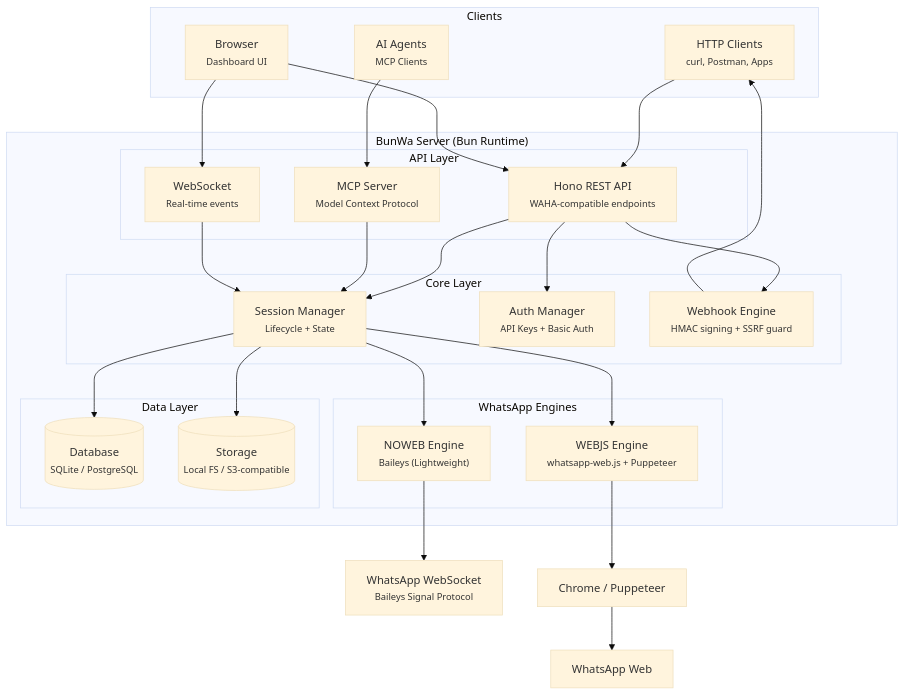
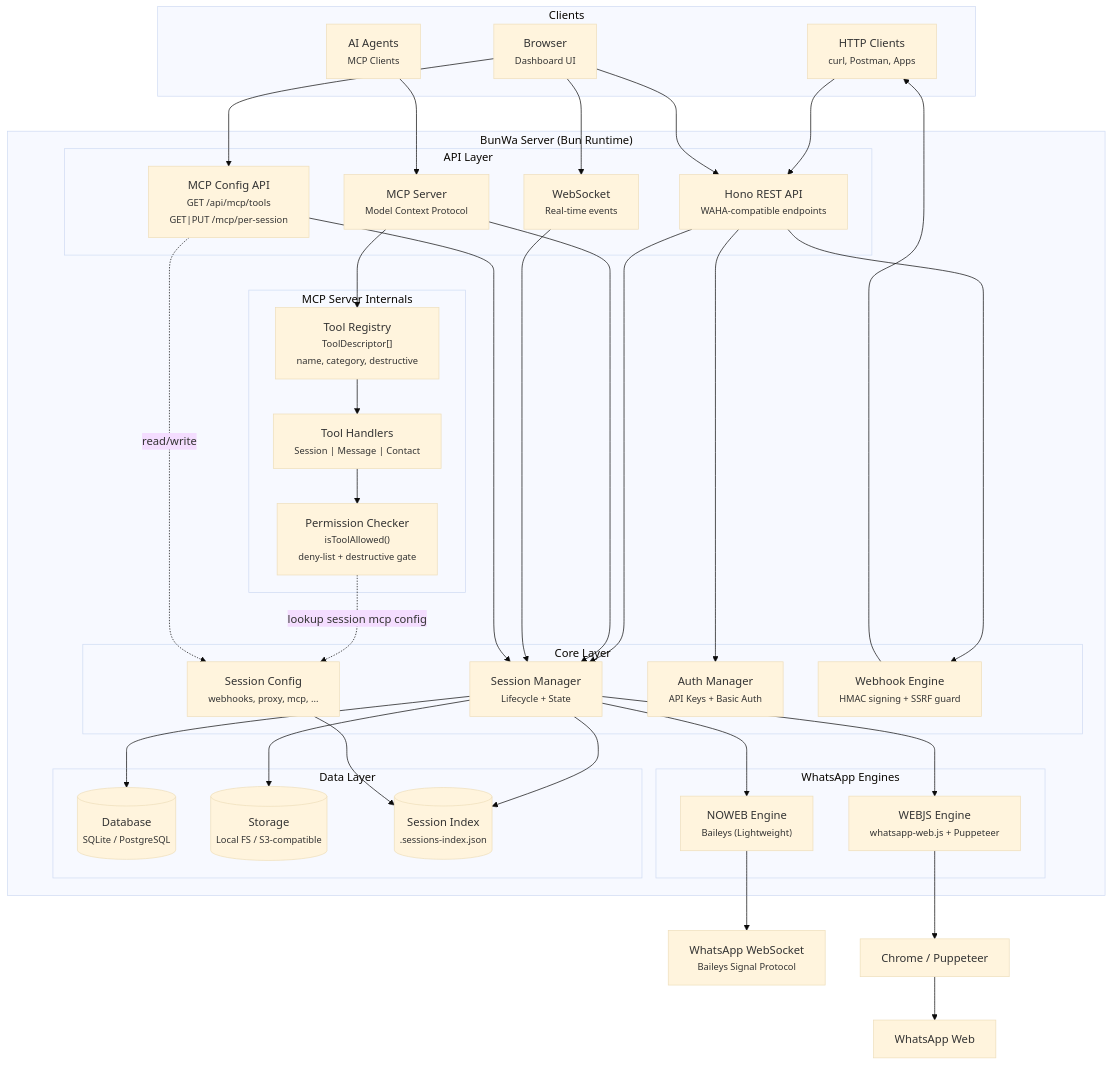
Before and after one commit to LoopyOratory/BunWa: the diagram in README.md, drawn with Mermaid (base theme). The commit also changed other lines of this file and 12 other files, not shown here.

First line of the commit message:
feat: MCP tool policies with per-session config + dashboard UI

````diff
--- a/README.md
+++ b/README.md
@@ -182,54 +212,72 @@
 ```mermaid
 graph TB
     subgraph Clients["Clients"]
         HTTP["HTTP Clients<br/><small>curl, Postman, Apps</small>"]
         AI["AI Agents<br/><small>MCP Clients</small>"]
         Browser["Browser<br/><small>Dashboard UI</small>"]
     end
 
     subgraph BunWa["BunWa Server (Bun Runtime)"]
         subgraph API["API Layer"]
             Hono["Hono REST API<br/><small>WAHA-compatible endpoints</small>"]
             MCP["MCP Server<br/><small>Model Context Protocol</small>"]
+            MCAPI["MCP Config API<br/><small>GET /api/mcp/tools<br/>GET|PUT /mcp/per-session</small>"]
             WS["WebSocket<br/><small>Real-time events</small>"]
+        end
+
+        subgraph MCPInternals["MCP Server Internals"]
+            TR["Tool Registry<br/><small>ToolDescriptor[]<br/>name, category, destructive</small>"]
+            PC["Permission Checker<br/><small>isToolAllowed()<br/>deny-list + destructive gate</small>"]
+            TH["Tool Handlers<br/><small>Session | Message | Contact</small>"]
         end
 
         subgraph Core["Core Layer"]
             SM["Session Manager<br/><small>Lifecycle + State</small>"]
+            SC["Session Config<br/><small>webhooks, proxy, mcp, ...</small>"]
             AM["Auth Manager<br/><small>API Keys + Basic Auth</small>"]
             WH["Webhook Engine<br/><small>HMAC signing + SSRF guard</small>"]
         end
 
         subgraph Engines["WhatsApp Engines"]
             NOWEB["NOWEB Engine<br/><small>Baileys (Lightweight)</small>"]
             WEBJS["WEBJS Engine<br/><small>whatsapp-web.js + Puppeteer</small>"]
         end
 
         subgraph Data["Data Layer"]
             DB[("Database<br/><small>SQLite / PostgreSQL</small>")]
             ST[("Storage<br/><small>Local FS / S3-compatible</small>")]
+            SI[("Session Index<br/><small>.sessions-index.json</small>")]
         end
     end
 
     HTTP --> Hono
     AI --> MCP
     Browser --> Hono
     Browser --> WS
+    Browser --> MCAPI
 
     Hono --> SM
     Hono --> AM
+    MCP --> TR
+    TR --> TH
+    TH --> PC
+    PC -.->|lookup session mcp config| SC
     MCP --> SM
     WS --> SM
+    MCAPI --> SM
+    MCAPI -.->|read/write| SC
 
     SM --> NOWEB
     SM --> WEBJS
 
     SM --> DB
     SM --> ST
+    SM --> SI
+    SC --> SI
     Hono --> WH
     WH --> HTTP
 
     NOWEB --> WhatsApp["WhatsApp WebSocket<br/><small>Baileys Signal Protocol</small>"]
     WEBJS --> Chrome["Chrome / Puppeteer"]
     Chrome --> WhatsAppWeb["WhatsApp Web"]
 ```
````
